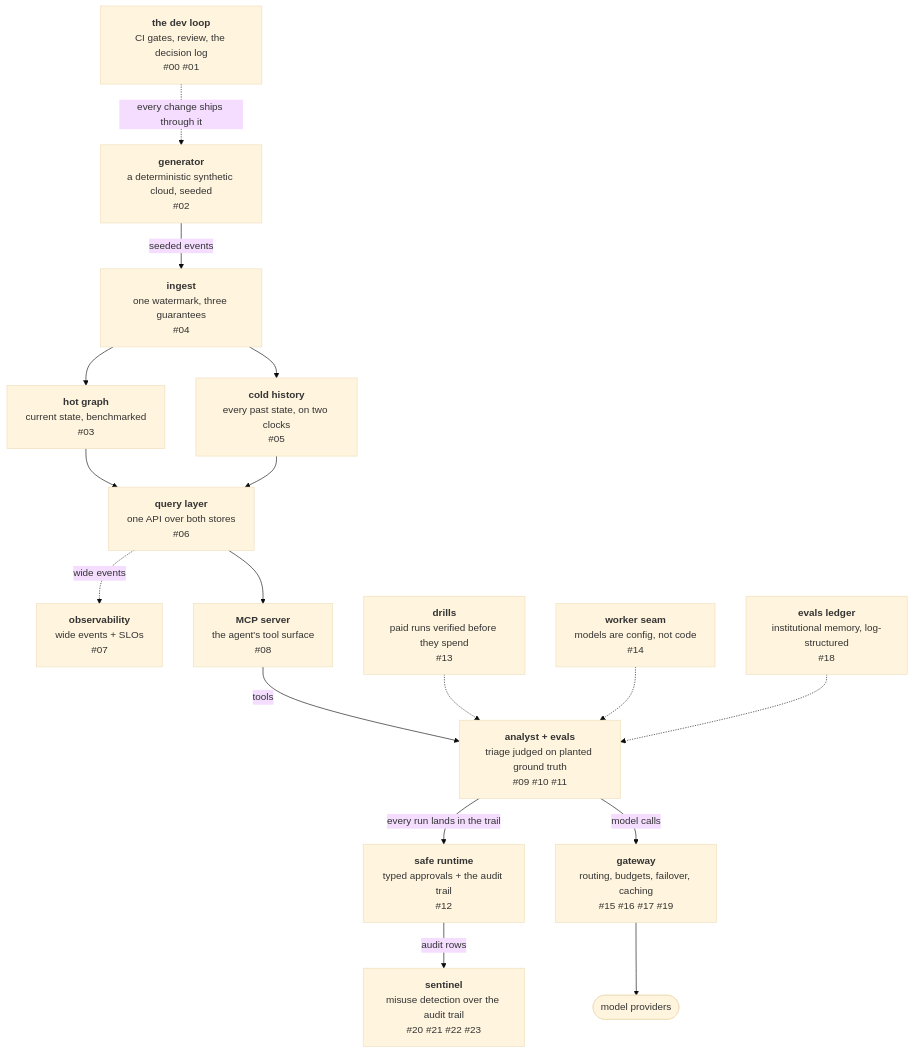
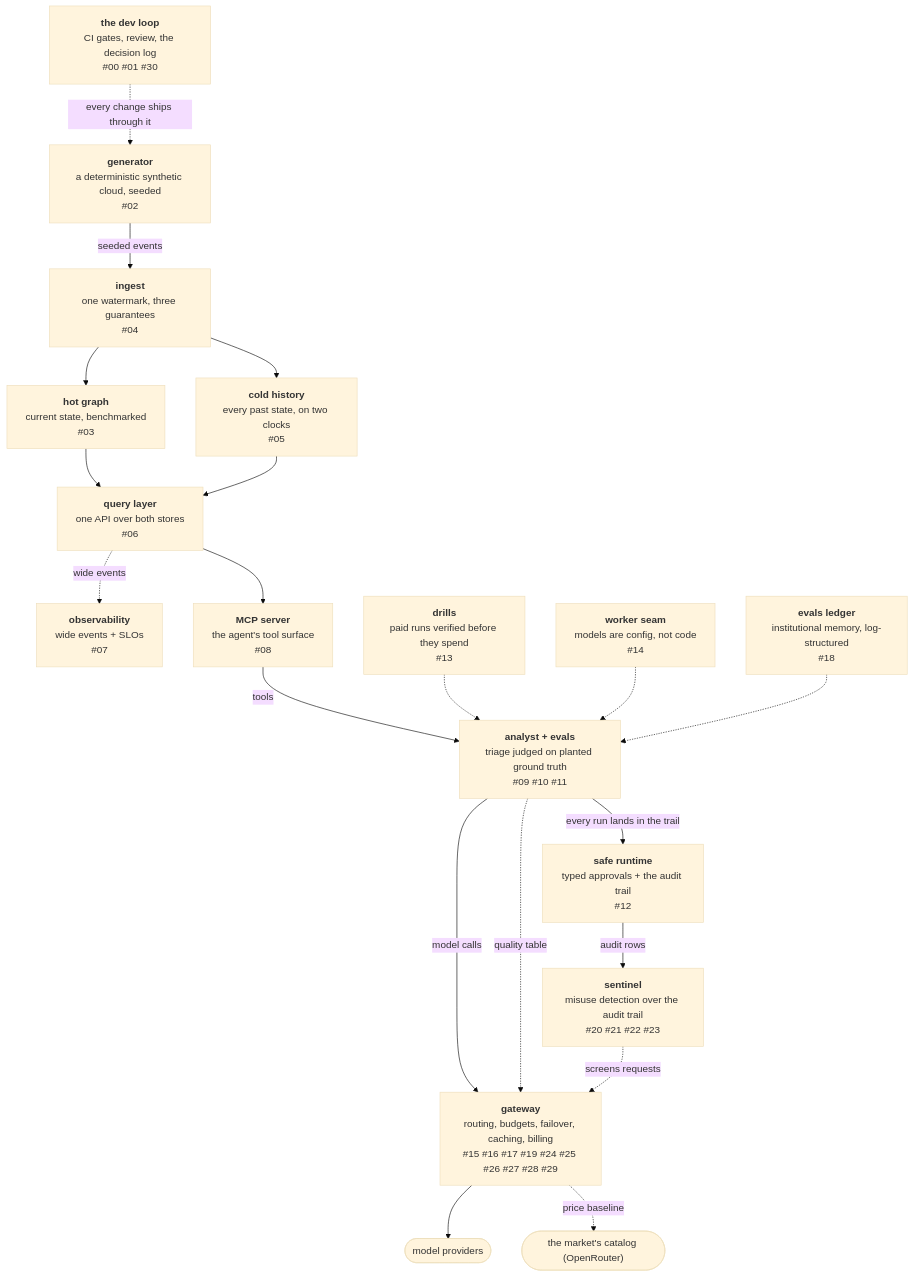
Before and after one commit to fespino/resgraph: the diagram in docs/index.md, drawn with Mermaid (base theme). The commit also changed other lines of this file and 7 other files, not shown here.

````diff
--- a/docs/index.md
+++ b/docs/index.md
@@ -21,36 +21,40 @@
 ```mermaid
 flowchart TD
-    loop["<b>the dev loop</b><br/>CI gates, review, the decision log<br/>#00 #01"]
+    loop["<b>the dev loop</b><br/>CI gates, review, the decision log<br/>#00 #01 #30"]
     gen["<b>generator</b><br/>a deterministic synthetic cloud, seeded<br/>#02"]
     hot["<b>hot graph</b><br/>current state, benchmarked<br/>#03"]
     ing["<b>ingest</b><br/>one watermark, three guarantees<br/>#04"]
     cold["<b>cold history</b><br/>every past state, on two clocks<br/>#05"]
     query["<b>query layer</b><br/>one API over both stores<br/>#06"]
     obs["<b>observability</b><br/>wide events + SLOs<br/>#07"]
     mcp["<b>MCP server</b><br/>the agent's tool surface<br/>#08"]
     evals["<b>analyst + evals</b><br/>triage judged on planted ground truth<br/>#09 #10 #11"]
     runtime["<b>safe runtime</b><br/>typed approvals + the audit trail<br/>#12"]
     drills["<b>drills</b><br/>paid runs verified before they spend<br/>#13"]
     seam["<b>worker seam</b><br/>models are config, not code<br/>#14"]
-    gw["<b>gateway</b><br/>routing, budgets, failover, caching<br/>#15 #16 #17 #19"]
+    gw["<b>gateway</b><br/>routing, budgets, failover, caching, billing<br/>#15 #16 #17 #19 #24 #25 #26 #27 #28 #29"]
     providers(["model providers"])
+    market(["the market's catalog (OpenRouter)"])
     ledger["<b>evals ledger</b><br/>institutional memory, log-structured<br/>#18"]
     sent["<b>sentinel</b><br/>misuse detection over the audit trail<br/>#20 #21 #22 #23"]
 
     loop -.->|every change ships through it| gen
     gen -->|seeded events| ing
     ing --> hot
     ing --> cold
     hot --> query
     cold --> query
     query -.->|wide events| obs
     query --> mcp
     mcp -->|tools| evals
     evals -->|every run lands in the trail| runtime
     drills -.-> evals
     seam -.-> evals
     evals -->|model calls| gw
+    evals -.->|quality table| gw
+    sent -.->|screens requests| gw
     gw --> providers
+    gw -.->|price baseline| market
     ledger -.-> evals
     runtime -->|audit rows| sent
 ```
````
